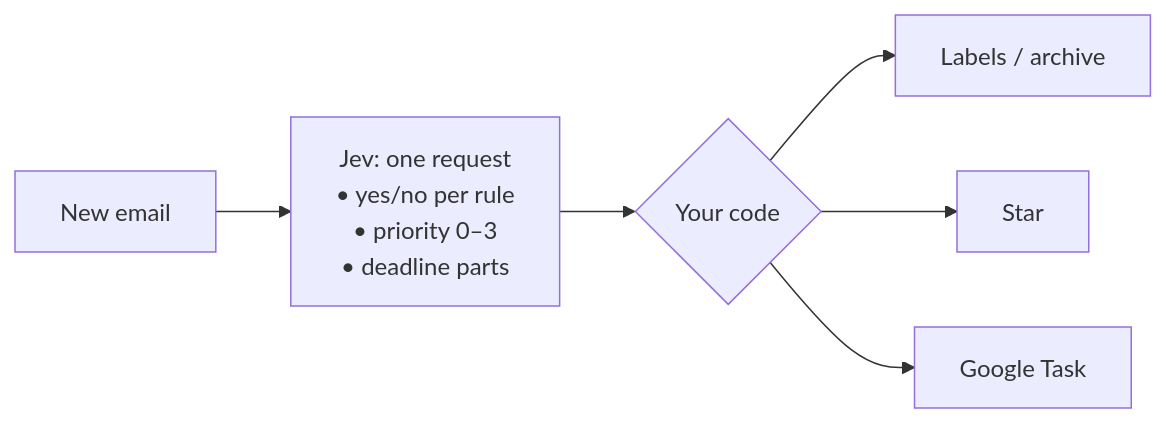
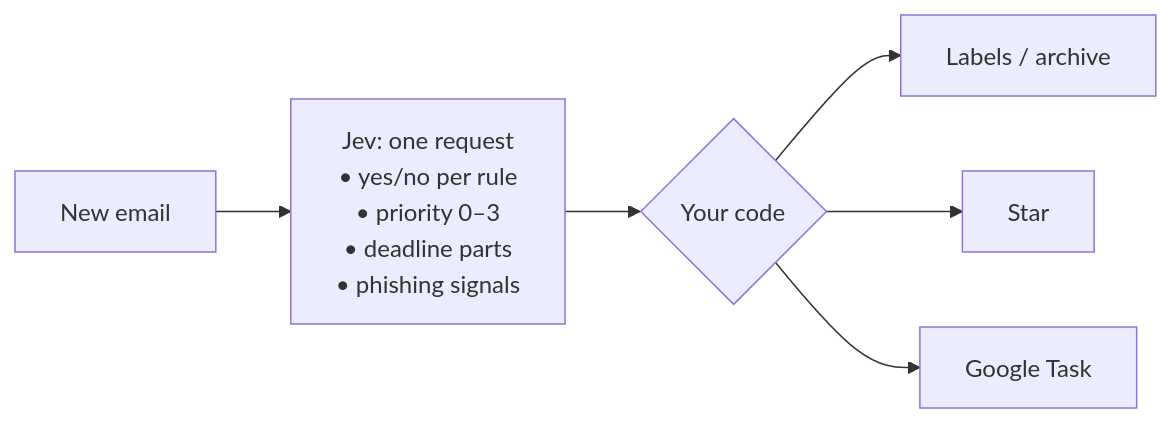
The diagram in README.md (ziyacivan/jev-mail-filter), drawn with Mermaid before and after one commit. The commit also changed other lines of this file and 1 other file, not shown here.

First line of the commit message:
Flag phishing: brand/domain mismatch plus credential or pressure ask

````diff
--- a/README.md
+++ b/README.md
@@ -44,8 +46,8 @@
 ```mermaid
 flowchart LR
-  A[New email] --> B["Jev: one request<br/>• yes/no per rule<br/>• priority 0–3<br/>• deadline parts"]
+  A[New email] --> B["Jev: one request<br/>• yes/no per rule<br/>• priority 0–3<br/>• deadline parts<br/>• phishing signals"]
   B --> C{Your code}
   C --> D[Labels / archive]
   C --> E[Star]
   C --> F[Google Task]
 ```
````
